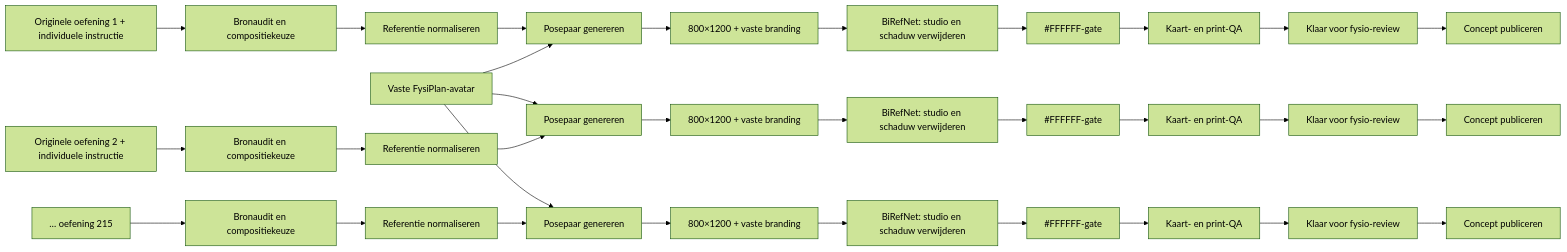
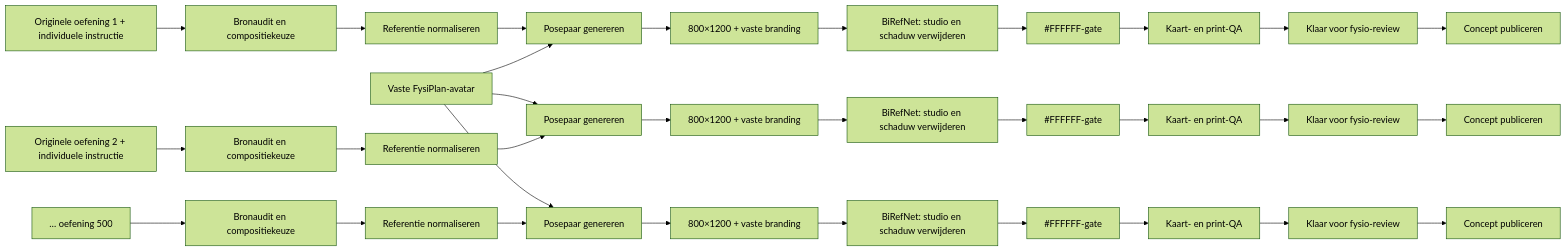
One commit to cartonn/Fysiplan changed the diagram in docs/oefenbeelden-graph.md. Above: the diagram before and after it, drawn with Mermaid (forest theme). The commit also changed other lines of this file and 292 other files, not shown here.

````diff
--- a/docs/oefenbeelden-graph.md
+++ b/docs/oefenbeelden-graph.md
@@ -5,9 +7,9 @@
 ```mermaid
 flowchart LR
   A["Vaste FysiPlan-avatar"] --> G1
   S1["Originele oefening 1 + individuele instructie"] --> U1["Bronaudit en compositiekeuze"] --> N1["Referentie normaliseren"] --> G1["Posepaar genereren"] --> C1["800×1200 + vaste branding"] --> B1["BiRefNet: studio en schaduw verwijderen"] --> W1["#FFFFFF-gate"] --> Q1["Kaart- en print-QA"] --> R1["Klaar voor fysio-review"] --> P1["Concept publiceren"]
   S2["Originele oefening 2 + individuele instructie"] --> U2["Bronaudit en compositiekeuze"] --> N2["Referentie normaliseren"] --> G2["Posepaar genereren"] --> C2["800×1200 + vaste branding"] --> B2["BiRefNet: studio en schaduw verwijderen"] --> W2["#FFFFFF-gate"] --> Q2["Kaart- en print-QA"] --> R2["Klaar voor fysio-review"] --> P2["Concept publiceren"]
   A --> G2
-  SN["… oefening 215"] --> UN["Bronaudit en compositiekeuze"] --> NN["Referentie normaliseren"] --> GN["Posepaar genereren"] --> CN["800×1200 + vaste branding"] --> BN["BiRefNet: studio en schaduw verwijderen"] --> WN["#FFFFFF-gate"] --> QN["Kaart- en print-QA"] --> RN["Klaar voor fysio-review"] --> PN["Concept publiceren"]
+  SN["… oefening 500"] --> UN["Bronaudit en compositiekeuze"] --> NN["Referentie normaliseren"] --> GN["Posepaar genereren"] --> CN["800×1200 + vaste branding"] --> BN["BiRefNet: studio en schaduw verwijderen"] --> WN["#FFFFFF-gate"] --> QN["Kaart- en print-QA"] --> RN["Klaar voor fysio-review"] --> PN["Concept publiceren"]
   A --> GN
 ```
````
